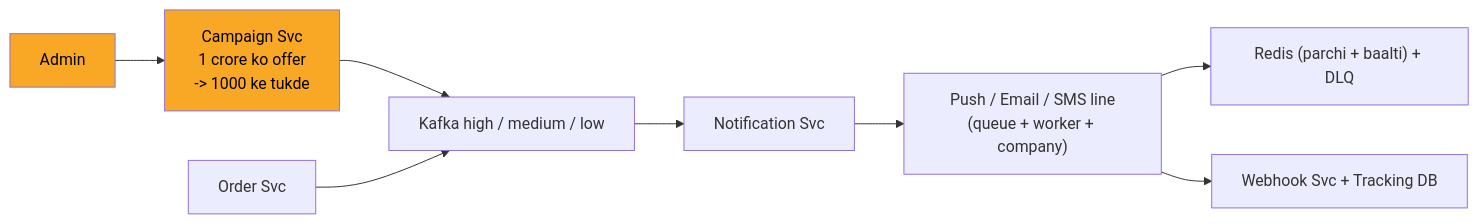
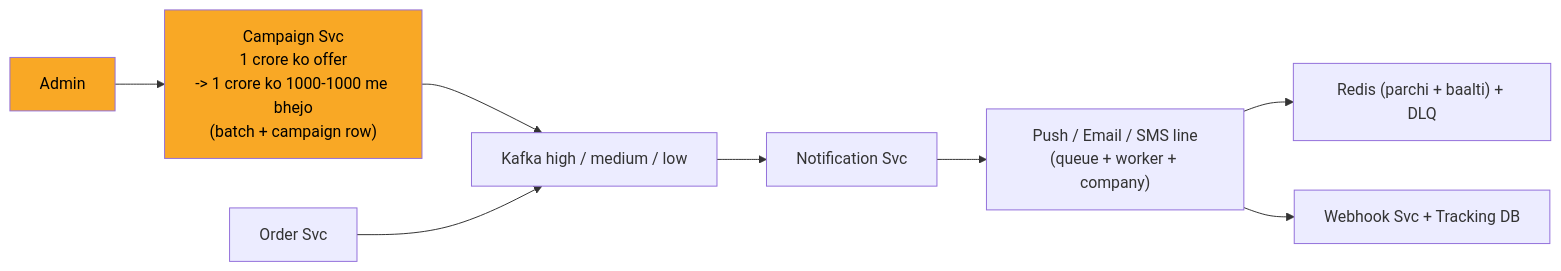
Before and after one commit to ArpanMaheshwari144/Prep: diagram 11 of 13 in 04_HLD/SYSTEM_DESIGNS/04_notification_system/04_notification_system.md, drawn with Mermaid. The commit also changed other lines of this file and 13 other files, not shown here.

````diff
--- a/04_HLD/SYSTEM_DESIGNS/04_notification_system/04_notification_system.md
+++ b/04_HLD/SYSTEM_DESIGNS/04_notification_system/04_notification_system.md
@@ -396,20 +396,20 @@
 ```mermaid
 flowchart LR
     n_Admin["Admin"]
-    n_CAMP["Campaign Svc<br/>1 crore ko offer<br/>-> 1000 ke tukde"]
+    n_CAMP["Campaign Svc<br/>1 crore ko offer<br/>-> 1 crore ko 1000-1000 me bhejo<br/>(batch + campaign row)"]
     n_Order_Svc["Order Svc"]
     n_Kafka["Kafka high / medium / low"]
     n_Notification_Svc["Notification Svc"]
     n_LINES["Push / Email / SMS line<br/>(queue + worker + company)"]
     n_RDLQ["Redis (parchi + baalti) + DLQ"]
     n_WH["Webhook Svc + Tracking DB"]
     n_Admin --> n_CAMP
     n_CAMP --> n_Kafka
     n_Order_Svc --> n_Kafka
     n_Kafka --> n_Notification_Svc
     n_Notification_Svc --> n_LINES
     n_LINES --> n_RDLQ
     n_LINES --> n_WH
     style n_Admin fill:#f9a825,color:#000
     style n_CAMP fill:#f9a825,color:#000
 ```
````
